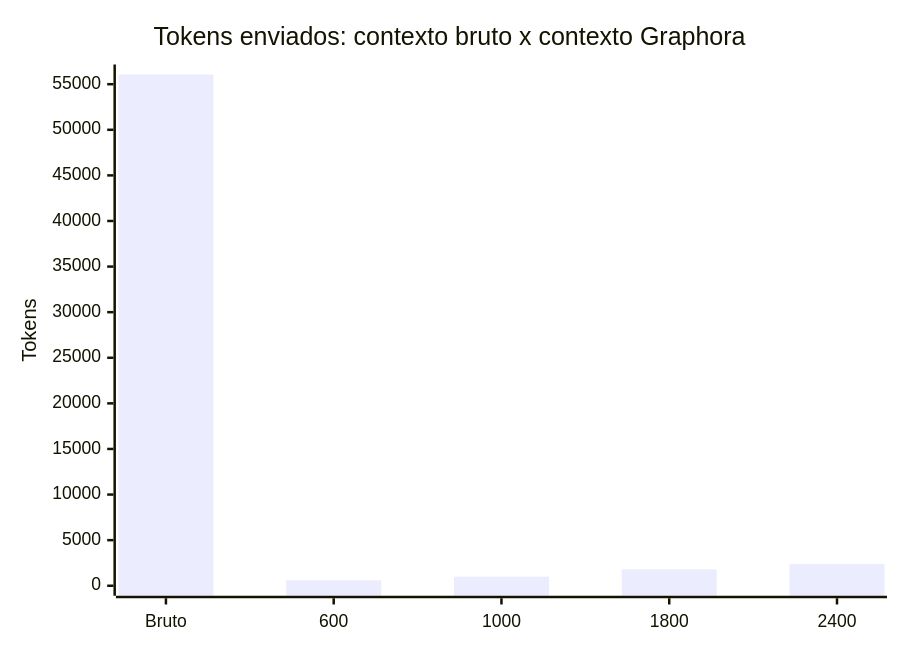
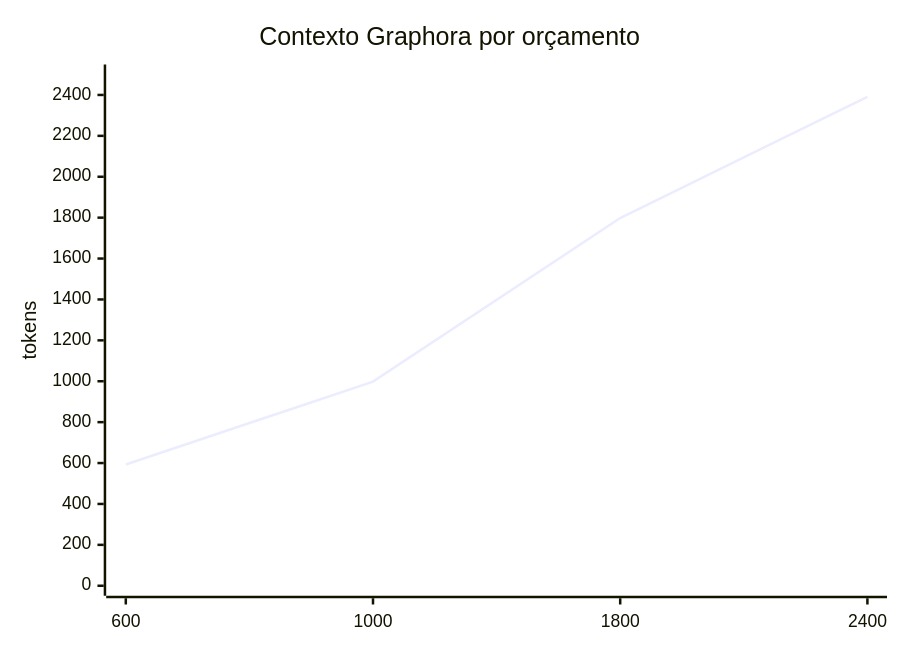
One commit to rm0ntoya/graphora changed the first of 2 diagrams in README.md. Above: the diagram before and after it, drawn with Mermaid. The commit also changed other lines of this file and 22 other files, not shown here.

First line of the commit message:
chore(ui): upgrade graph observatory

````diff
--- a/README.md
+++ b/README.md
@@ -152,7 +494,7 @@
 ```mermaid
 xychart-beta
-        title "Tokens enviados: contexto bruto x contexto Graphora"
-        x-axis ["Bruto", "600", "1000", "1800", "2400"]
-        y-axis "Tokens" 0 --> 56063
-        bar [56063, 593, 998, 1798, 2391]
+    title "Contexto Graphora por orçamento"
+    x-axis ["600", "1000", "1800", "2400"]
+    y-axis "tokens" 0 --> 2500
+    line [593, 998, 1798, 2391]
 ```
````
